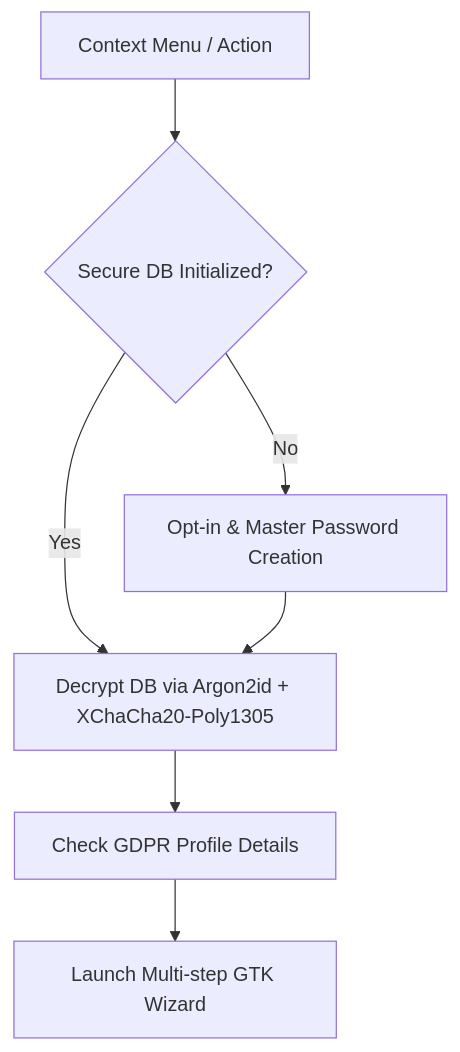
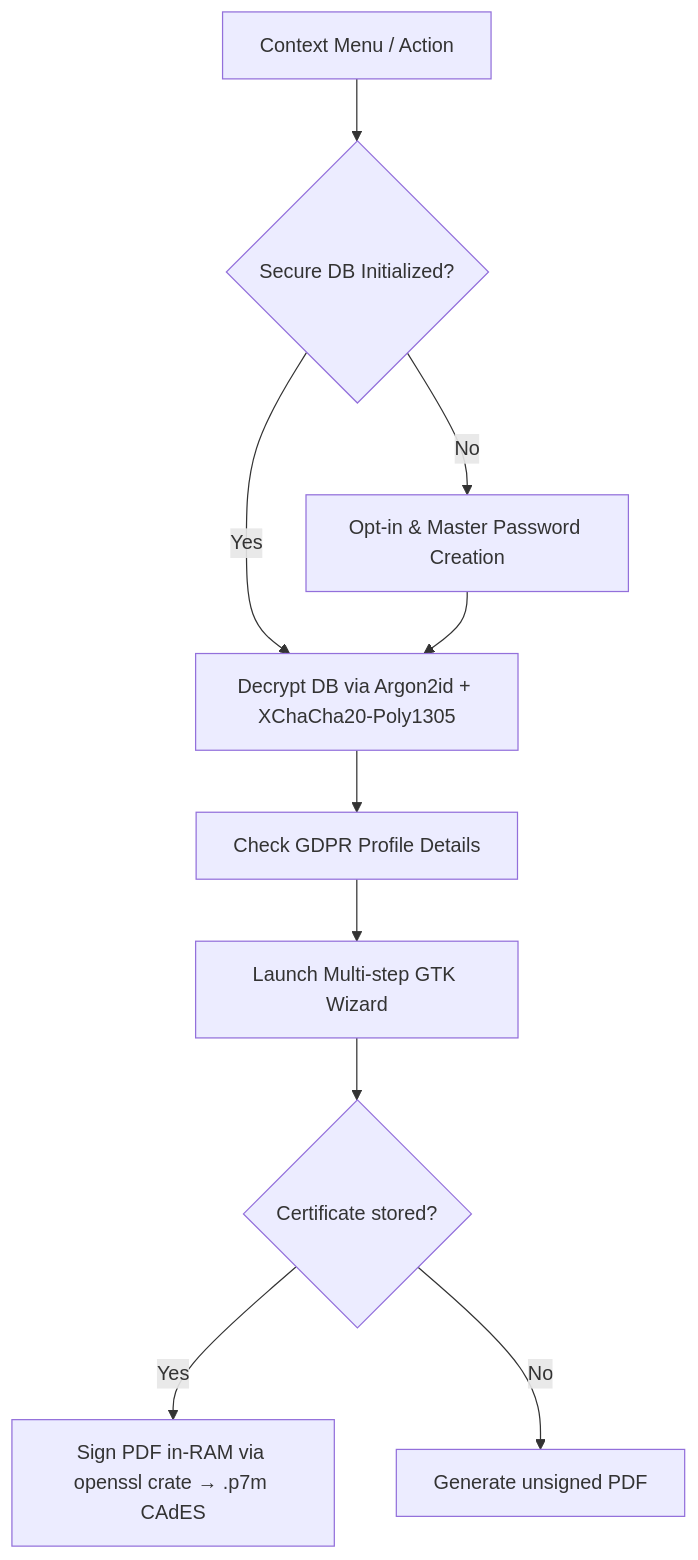
The diagram in docs/aggressive_unsubscribe.md (TheRandomConsortium/JuanitaBanana), drawn with Mermaid before and after one commit. The commit also changed other lines of this file and 10 other files, not shown here.

````diff
--- a/docs/aggressive_unsubscribe.md
+++ b/docs/aggressive_unsubscribe.md
@@ -37,9 +41,12 @@
 ```mermaid
 graph TD
     A[Context Menu / Action] --> B{Secure DB Initialized?}
     B -->|No| C[Opt-in & Master Password Creation]
     B -->|Yes| D[Decrypt DB via Argon2id + XChaCha20-Poly1305]
     C --> D
     D --> E[Check GDPR Profile Details]
     E --> F[Launch Multi-step GTK Wizard]
+    F --> G{Certificate stored?}
+    G -->|Yes| H[Sign PDF in-RAM via openssl crate → .p7m CAdES]
+    G -->|No| I[Generate unsigned PDF]
 ```
````
